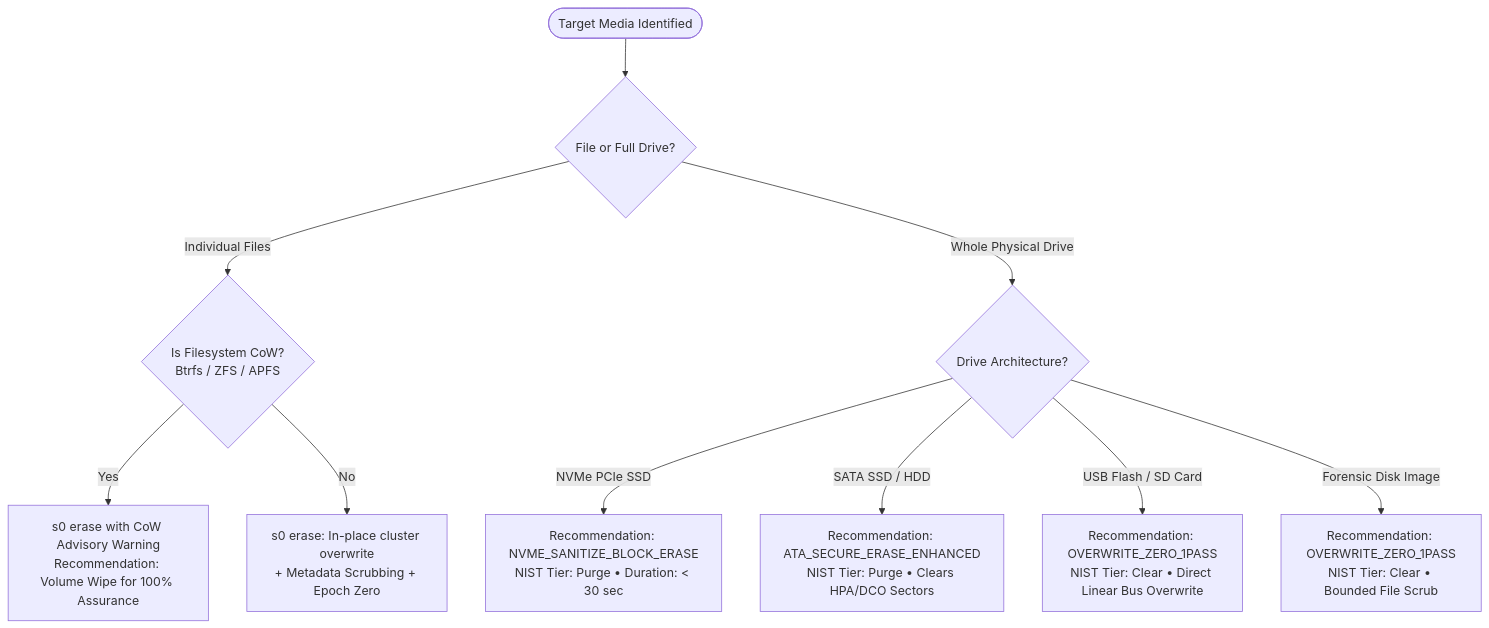
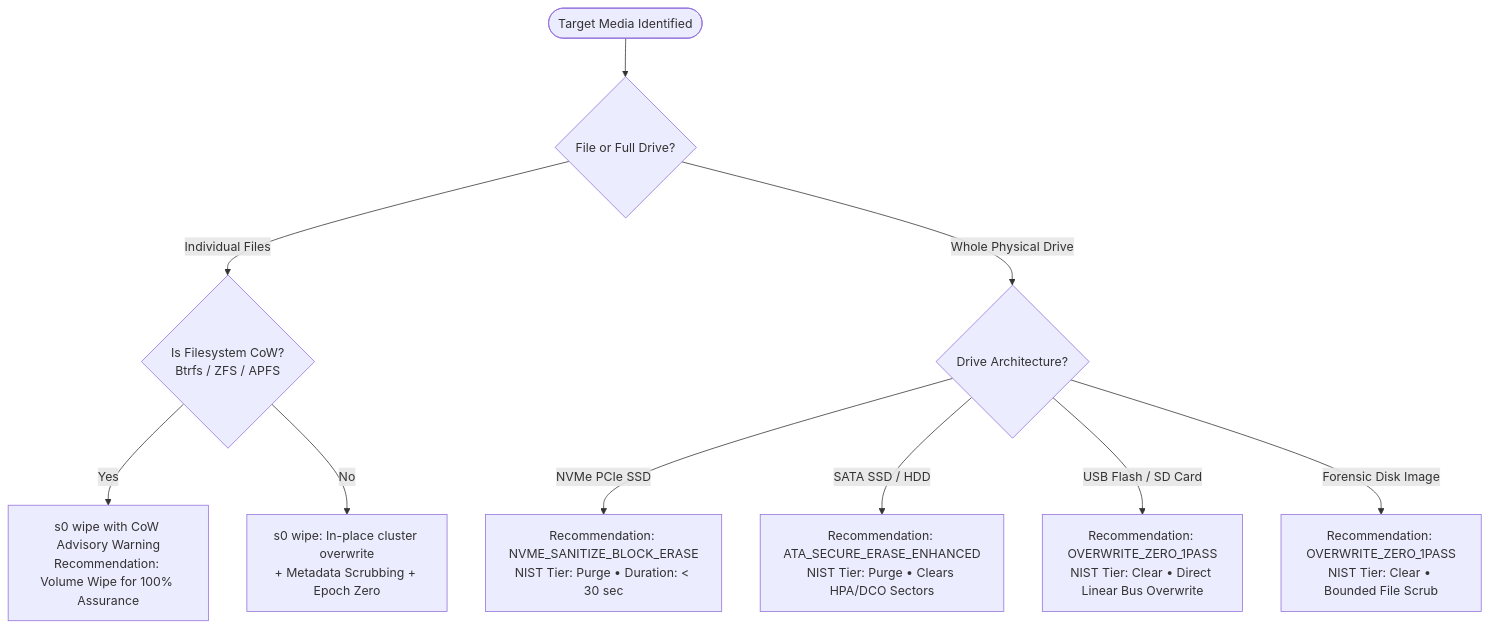
One commit to kartik2005221/s0 changed the first of 2 diagrams in docs-portal/docs/secure-erasure-guide.md. Above: the diagram before and after it, drawn with Mermaid. The commit also changed other lines of this file and 31 other files, not shown here.

````diff
--- a/docs-portal/docs/secure-erasure-guide.md
+++ b/docs-portal/docs/secure-erasure-guide.md
@@ -25,15 +25,15 @@
 ```mermaid
 flowchart TD
     START(["Target Media Identified"]) --> IS_FILE{"File or Full Drive?"}
     
     IS_FILE -->|Individual Files| FILE_COW{"Is Filesystem CoW?<br/>Btrfs / ZFS / APFS"}
-    FILE_COW -->|Yes| COW_WARN["s0 erase with CoW Advisory Warning<br/>Recommendation: Volume Wipe for 100% Assurance"]
-    FILE_COW -->|No| FILE_STD["s0 erase: In-place cluster overwrite<br/>+ Metadata Scrubbing + Epoch Zero"]
+    FILE_COW -->|Yes| COW_WARN["s0 wipe with CoW Advisory Warning<br/>Recommendation: Volume Wipe for 100% Assurance"]
+    FILE_COW -->|No| FILE_STD["s0 wipe: In-place cluster overwrite<br/>+ Metadata Scrubbing + Epoch Zero"]
     
     IS_FILE -->|Whole Physical Drive| DEV_TYPE{"Drive Architecture?"}
     
     DEV_TYPE -->|NVMe PCIe SSD| NVME_REC["Recommendation: NVME_SANITIZE_BLOCK_ERASE<br/>NIST Tier: Purge &bull; Duration: &lt; 30 sec"]
     DEV_TYPE -->|SATA SSD / HDD| SATA_REC["Recommendation: ATA_SECURE_ERASE_ENHANCED<br/>NIST Tier: Purge &bull; Clears HPA/DCO Sectors"]
     DEV_TYPE -->|USB Flash / SD Card| USB_REC["Recommendation: OVERWRITE_ZERO_1PASS<br/>NIST Tier: Clear &bull; Direct Linear Bus Overwrite"]
     DEV_TYPE -->|Forensic Disk Image| IMG_REC["Recommendation: OVERWRITE_ZERO_1PASS<br/>NIST Tier: Clear &bull; Bounded File Scrub"]
 ```
````
